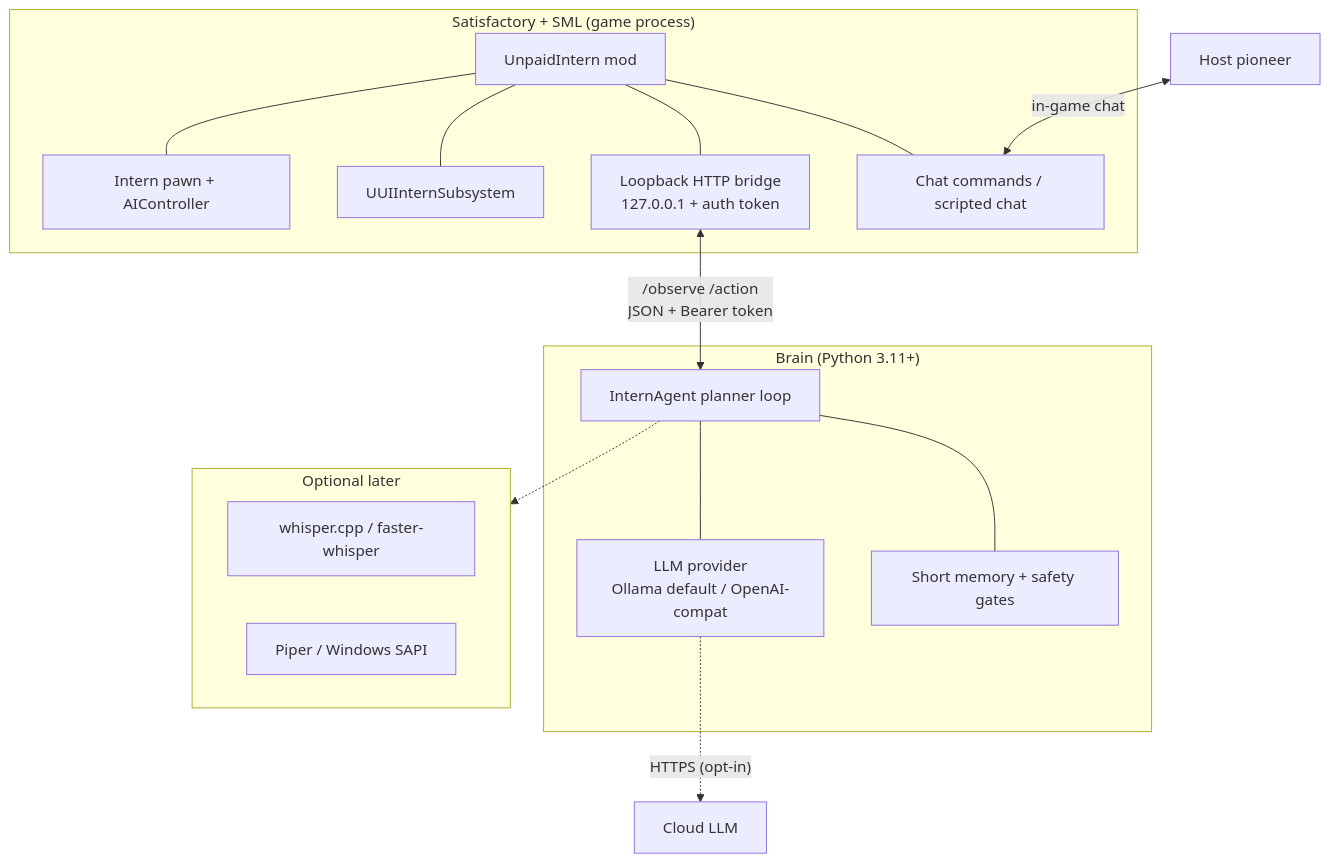
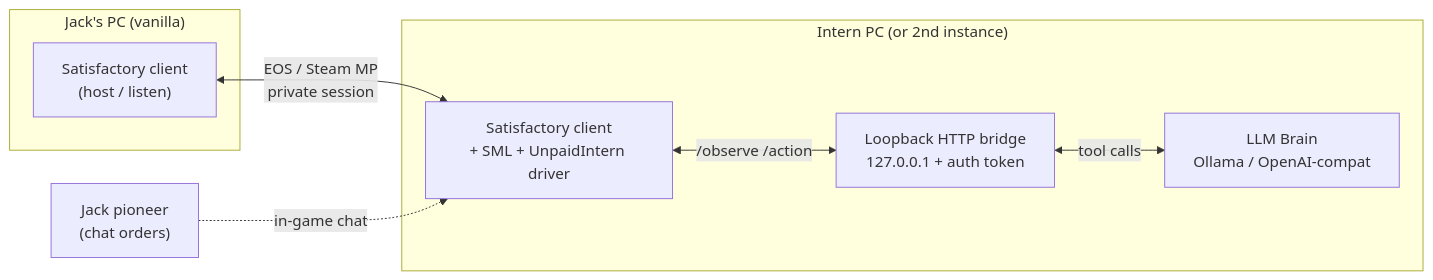
One commit to Jack-Reason/unpaid-intern changed the first of 5 diagrams in docs/ARCHITECTURE.md. Above: the diagram before and after it, drawn with Mermaid. The commit also changed other lines of this file and 26 other files, not shown here.

First line of the commit message:
feat(adr-0006): second licence + client-side driver mod

````diff
--- a/docs/ARCHITECTURE.md
+++ b/docs/ARCHITECTURE.md
@@ -22,32 +23,17 @@
 ```mermaid
-flowchart TB
-  subgraph GameProc["Satisfactory + SML (game process)"]
-    Mod["UnpaidIntern mod"]
-    Pawn["Intern pawn + AIController"]
-    Sub["UUIInternSubsystem"]
-    BridgeSrv["Loopback HTTP bridge\n127.0.0.1 + auth token"]
-    Chat["Chat commands / scripted chat"]
-    Mod --- Pawn
-    Mod --- Sub
-    Mod --- BridgeSrv
-    Mod --- Chat
+flowchart LR
+  subgraph JackPC["Jack's PC (vanilla)"]
+    JackGame["Satisfactory client\n(host / listen)"]
   end
 
-  subgraph BrainProc["Brain (Python 3.11+)"]
-    Agent["InternAgent planner loop"]
-    Prov["LLM provider\nOllama default / OpenAI-compat"]
-    Mem["Short memory + safety gates"]
-    Agent --- Prov
-    Agent --- Mem
+  subgraph InternPC["Intern PC (or 2nd instance)"]
+    InternGame["Satisfactory client\n+ SML + UnpaidIntern driver"]
+    Bridge["Loopback HTTP bridge\n127.0.0.1 + auth token"]
+    Brain["LLM Brain\nOllama / OpenAI-compat"]
+    InternGame <-->|"/observe /action"| Bridge
+    Bridge <-->|"tool calls"| Brain
   end
 
-  subgraph Optional["Optional later"]
-    STT["whisper.cpp / faster-whisper"]
-    TTS["Piper / Windows SAPI"]
-  end
-
-  Player["Host pioneer"] <-->|"in-game chat"| Chat
-  BridgeSrv <-->|"/observe /action\nJSON + Bearer token"| Agent
-  Prov -.->|"HTTPS (opt-in)"| Cloud["Cloud LLM"]
-  Agent -.-> Optional
+  JackGame <-->|"EOS / Steam MP\nprivate session"| InternGame
+  Jack["Jack pioneer\n(chat orders)"] -.->|"in-game chat"| InternGame
 ```
````
